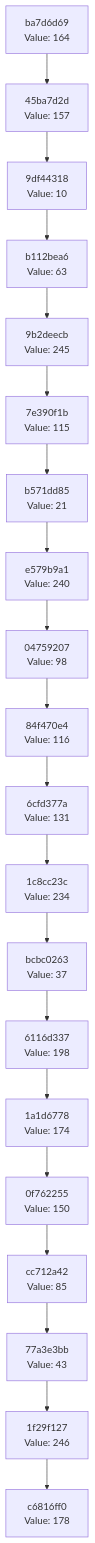
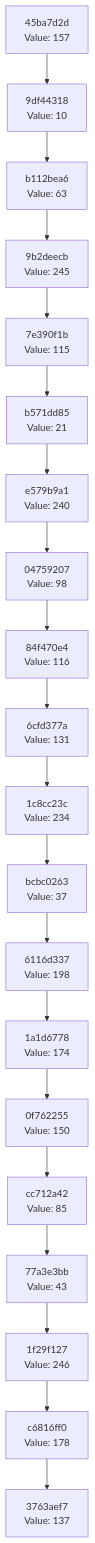
Before and after one commit to Abhisheksinha1506/hash-chain-evolver: the diagram in docs/CHAIN_VISUALIZATION.md, drawn with Mermaid. The commit also changed 2 other files, not shown here.

Commit message:
Evolution step: hash 0x89 → action executed

````diff
--- a/docs/CHAIN_VISUALIZATION.md
+++ b/docs/CHAIN_VISUALIZATION.md
@@ -3,42 +3,42 @@
 ```mermaid
 graph TD
-    C0["c6816ff0<br/>Value: 178"]
-    C1["1f29f127<br/>Value: 246"]
+    C0["3763aef7<br/>Value: 137"]
+    C1["c6816ff0<br/>Value: 178"]
     C1 --> C0
-    C2["77a3e3bb<br/>Value: 43"]
+    C2["1f29f127<br/>Value: 246"]
     C2 --> C1
-    C3["cc712a42<br/>Value: 85"]
+    C3["77a3e3bb<br/>Value: 43"]
     C3 --> C2
-    C4["0f762255<br/>Value: 150"]
+    C4["cc712a42<br/>Value: 85"]
     C4 --> C3
-    C5["1a1d6778<br/>Value: 174"]
+    C5["0f762255<br/>Value: 150"]
     C5 --> C4
-    C6["6116d337<br/>Value: 198"]
+    C6["1a1d6778<br/>Value: 174"]
     C6 --> C5
-    C7["bcbc0263<br/>Value: 37"]
+    C7["6116d337<br/>Value: 198"]
     C7 --> C6
-    C8["1c8cc23c<br/>Value: 234"]
+    C8["bcbc0263<br/>Value: 37"]
     C8 --> C7
-    C9["6cfd377a<br/>Value: 131"]
+    C9["1c8cc23c<br/>Value: 234"]
     C9 --> C8
-    C10["84f470e4<br/>Value: 116"]
+    C10["6cfd377a<br/>Value: 131"]
     C10 --> C9
-    C11["04759207<br/>Value: 98"]
+    C11["84f470e4<br/>Value: 116"]
     C11 --> C10
-    C12["e579b9a1<br/>Value: 240"]
+    C12["04759207<br/>Value: 98"]
     C12 --> C11
-    C13["b571dd85<br/>Value: 21"]
+    C13["e579b9a1<br/>Value: 240"]
     C13 --> C12
-    C14["7e390f1b<br/>Value: 115"]
+    C14["b571dd85<br/>Value: 21"]
     C14 --> C13
-    C15["9b2deecb<br/>Value: 245"]
+    C15["7e390f1b<br/>Value: 115"]
     C15 --> C14
-    C16["b112bea6<br/>Value: 63"]
+    C16["9b2deecb<br/>Value: 245"]
     C16 --> C15
-    C17["9df44318<br/>Value: 10"]
+    C17["b112bea6<br/>Value: 63"]
     C17 --> C16
-    C18["45ba7d2d<br/>Value: 157"]
+    C18["9df44318<br/>Value: 10"]
     C18 --> C17
-    C19["ba7d6d69<br/>Value: 164"]
+    C19["45ba7d2d<br/>Value: 157"]
     C19 --> C18
 ```
````
